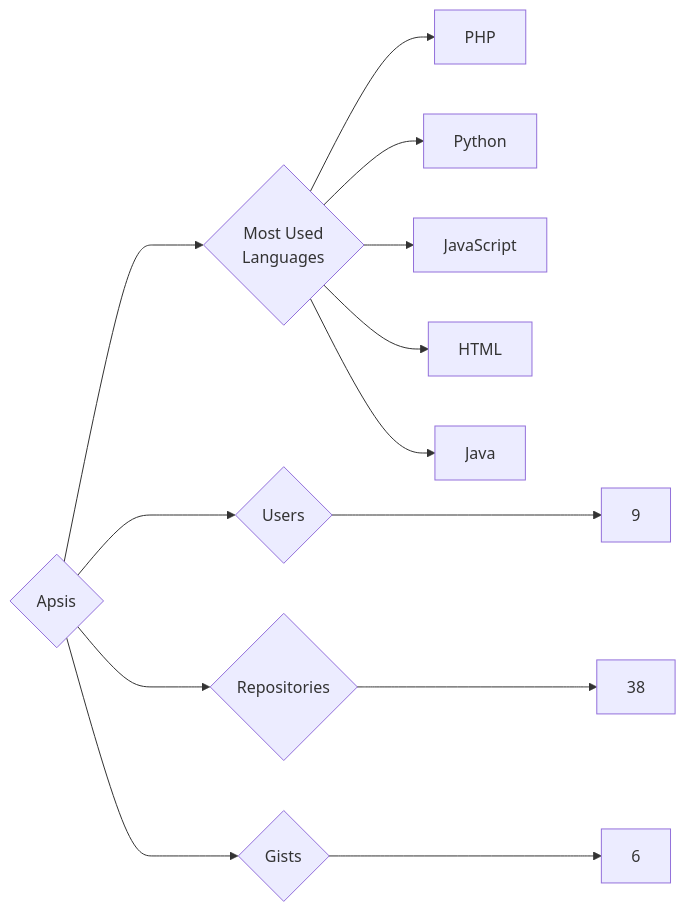
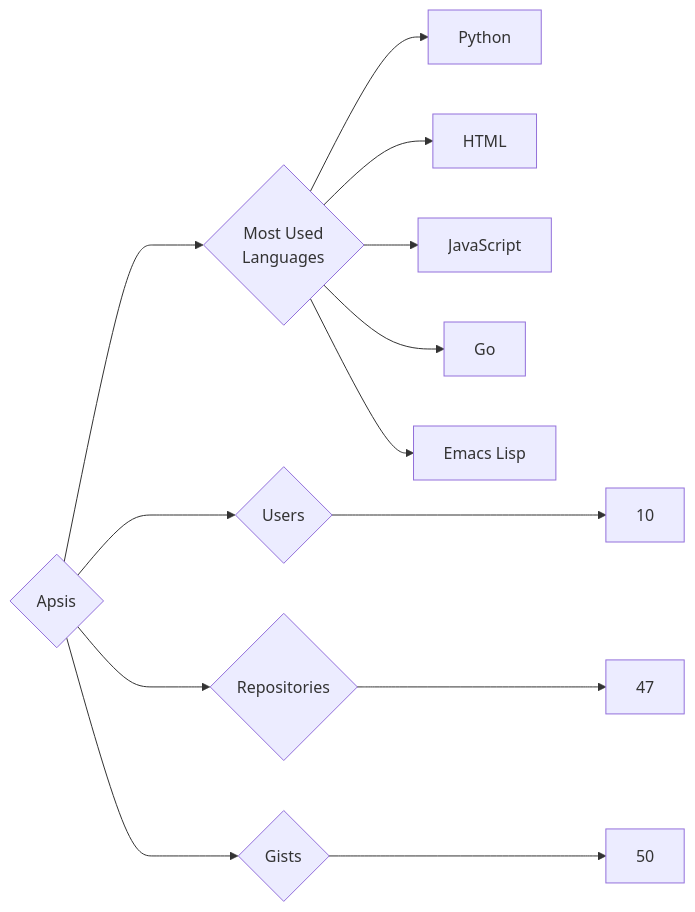
The diagram in targets/Apsis/README.md (trickest/insiders), drawn with Mermaid before and after one commit. The commit also changed 823 other files, not shown here.

````diff
--- a/targets/Apsis/README.md
+++ b/targets/Apsis/README.md
@@ -3,13 +3,13 @@
 ```mermaid
 graph LR
 COMPANY_NAME{Apsis}
-COMPANY_NAME ---> U{Users} ---> UN[9]
-COMPANY_NAME ---> R{Repositories} ---> RN[38]
-COMPANY_NAME ---> G{Gists} ---> GN[6]
+COMPANY_NAME ---> U{Users} ---> UN[10]
+COMPANY_NAME ---> R{Repositories} ---> RN[47]
+COMPANY_NAME ---> G{Gists} ---> GN[50]
 COMPANY_NAME ---> ML{Most Used<br>Languages}
-ML --> PHP[PHP]
 ML --> Python[Python]
+ML --> HTML[HTML]
 ML --> JavaScript[JavaScript]
-ML --> HTML[HTML]
-ML --> Java[Java]
+ML --> Go[Go]
+ML --> Emacs_Lisp[Emacs Lisp]
 ```
````
